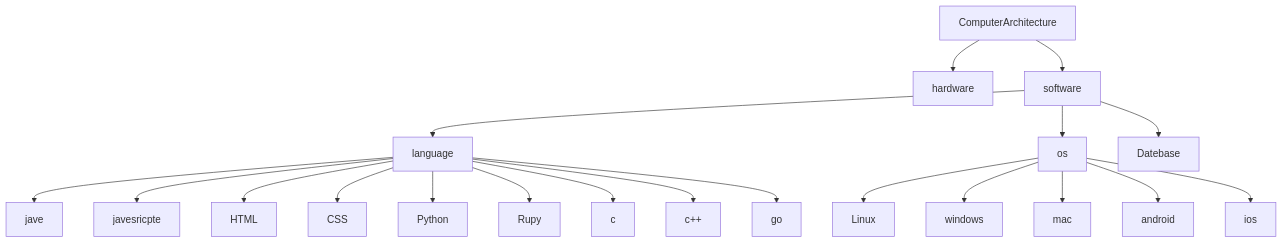
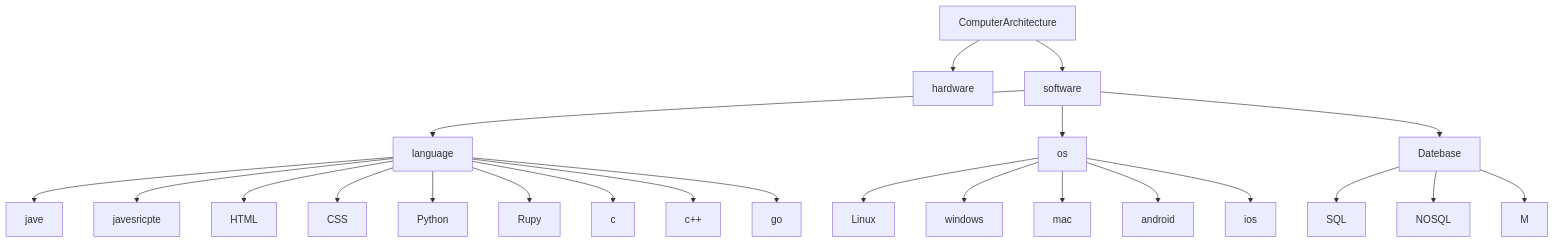
One commit to qmarsun/computer changed the diagram in computer1.md. Above: the diagram before and after it, drawn with Mermaid.

````diff
--- a/computer1.md
+++ b/computer1.md
@@ -1,28 +1,33 @@
 ```mermaid
 graph TD;
     ComputerArchitecture-->hardware;
     ComputerArchitecture-->software;
     
     software-->language;
     software-->os;
     software-->Datebase;
+    Datebase-->SQL
+    Datebase-->NOSQL
+    
     language-->jave
     language-->javesricpte
     language-->HTML
     language-->CSS
     language-->Python
     language-->Rupy
 
     language-->c
     language-->c++
     language-->go
    
     os-->Linux
     os-->windows
 
     os-->mac
     os-->android
     os-->ios
+    
+    Datebase-->M
 
     
 ``` 
````
